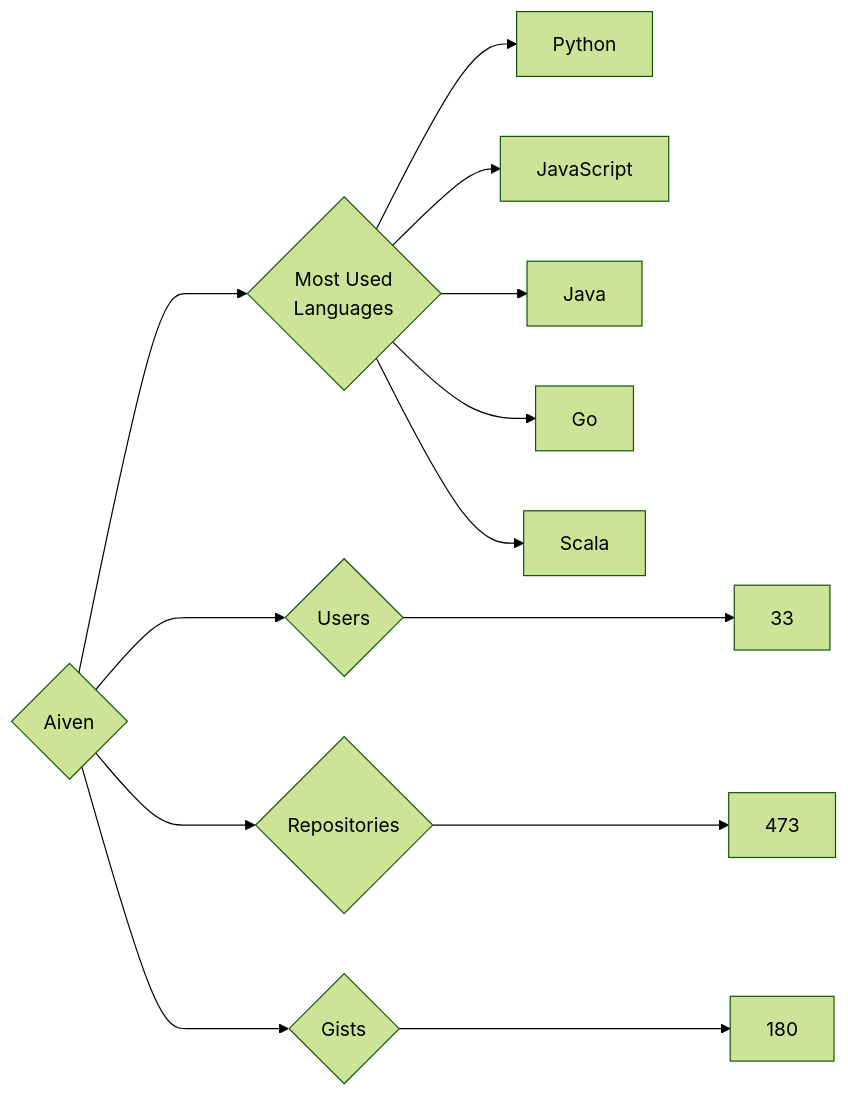
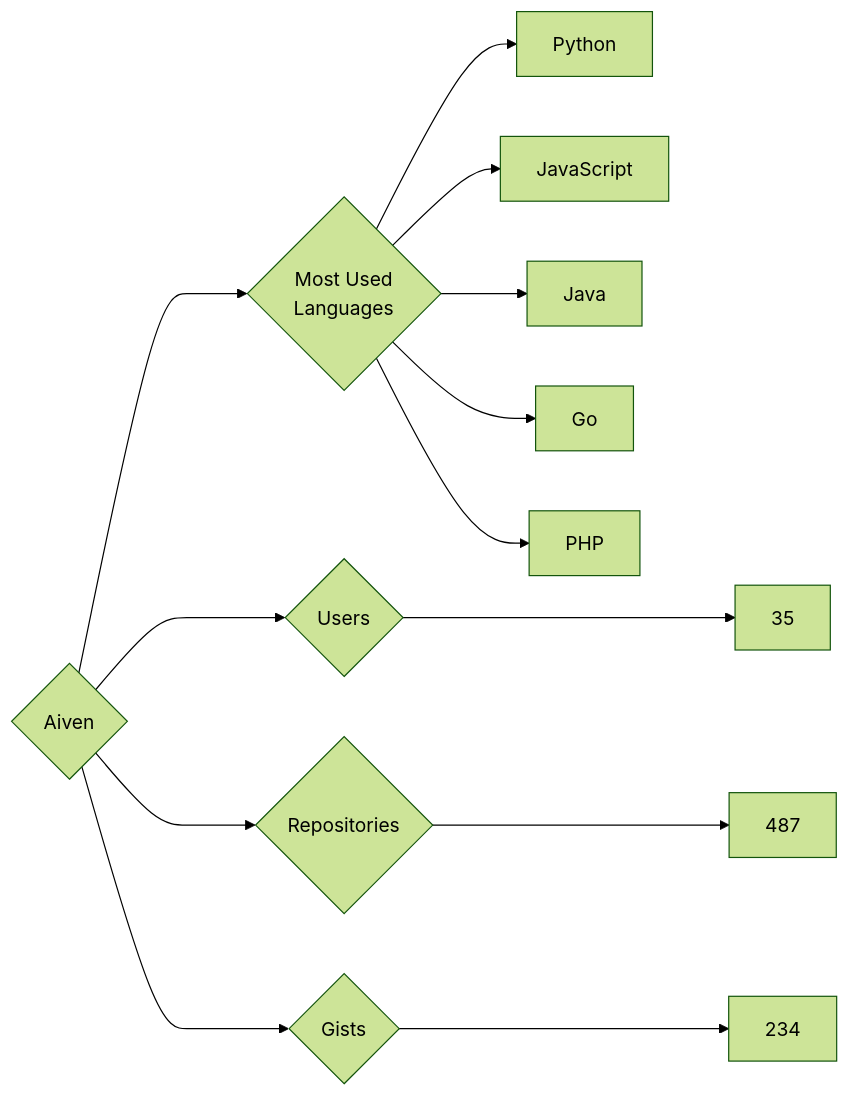
The diagram in targets/Aiven/README.md (trickest/insiders), drawn with Mermaid (forest theme) before and after one commit. The commit also changed 688 other files, not shown here.

````diff
--- a/targets/Aiven/README.md
+++ b/targets/Aiven/README.md
@@ -3,13 +3,13 @@
 ```mermaid
 graph LR
 COMPANY_NAME{Aiven}
-COMPANY_NAME ---> U{Users} ---> UN[33]
-COMPANY_NAME ---> R{Repositories} ---> RN[473]
-COMPANY_NAME ---> G{Gists} ---> GN[180]
+COMPANY_NAME ---> U{Users} ---> UN[35]
+COMPANY_NAME ---> R{Repositories} ---> RN[487]
+COMPANY_NAME ---> G{Gists} ---> GN[234]
 COMPANY_NAME ---> ML{Most Used<br>Languages}
 ML --> Python[Python]
 ML --> JavaScript[JavaScript]
 ML --> Java[Java]
 ML --> Go[Go]
-ML --> Scala[Scala]
+ML --> PHP[PHP]
 ```
````
